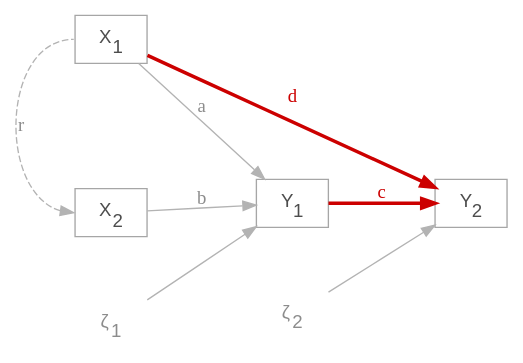
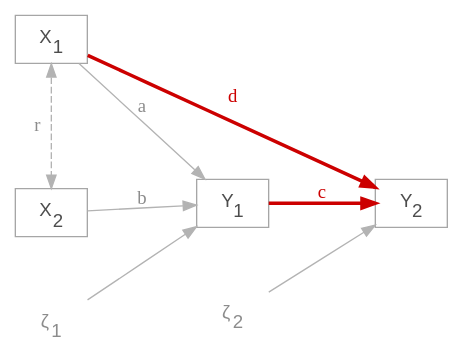
Diagram 14 of 34 in 5_Slides/Intro_to_SEM_part1.qmd (pennekampster/Swiss_SEM), drawn with Graphviz before and after one commit. The commit also changed other lines of this file and 3 other files, not shown here.

````diff
--- a/5_Slides/Intro_to_SEM_part1.qmd
+++ b/5_Slides/Intro_to_SEM_part1.qmd
@@ -930,20 +937,20 @@
 ```{dot}
 //| fig-width: 6.0
 //| fig-height: 2.6
 digraph {
   graph [rankdir = LR, fontsize = 14, ranksep = 1.0, nodesep = 0.65]
   node [shape = box, fontname = Helvetica, color = "gray65", fontcolor = "gray30"]
   X1 [label = <X<SUB>1</SUB>>]; X2 [label = <X<SUB>2</SUB>>]
   Y1 [label = <Y<SUB>1</SUB>>]; Y2 [label = <Y<SUB>2</SUB>>]
   node [shape = plaintext, color = "gray65", fontcolor = "gray55"]
   z1 [label = <&zeta;<SUB>1</SUB>>]; z2 [label = <&zeta;<SUB>2</SUB>>]
   edge [color = "gray70", fontcolor = "gray55"]
   X1 -> Y1 [label = "a"]; X2 -> Y1 [label = "b"]
-  X1:w -> X2:w [dir = both, constraint = false, label = "r", style = dashed]
+  X1 -> X2 [dir = both, constraint = false, label = "r", style = dashed]
   Y1 -> Y2 [label = "c", color = "#cc0000", penwidth = 2.6, fontcolor = "#cc0000"]
   X1 -> Y2 [label = "d", color = "#cc0000", penwidth = 2.6, fontcolor = "#cc0000"]
   z1 -> Y1; z2 -> Y2
   {rank = min; X1; X2}
   {rank = max; Y2}
 }
 ```
````
